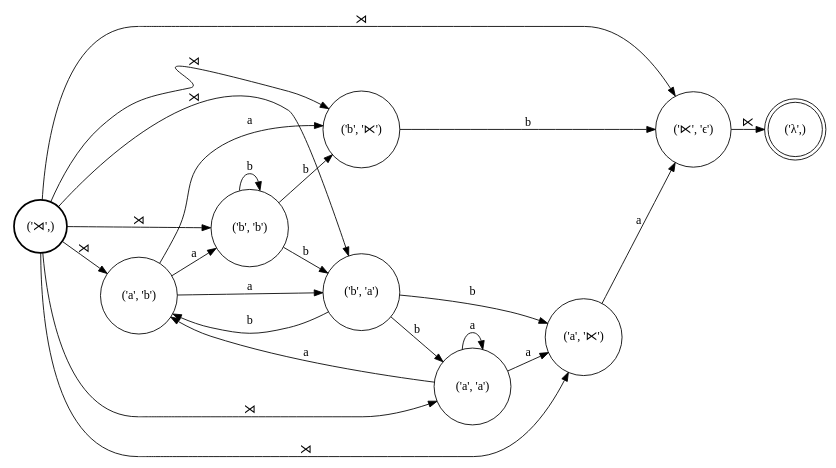
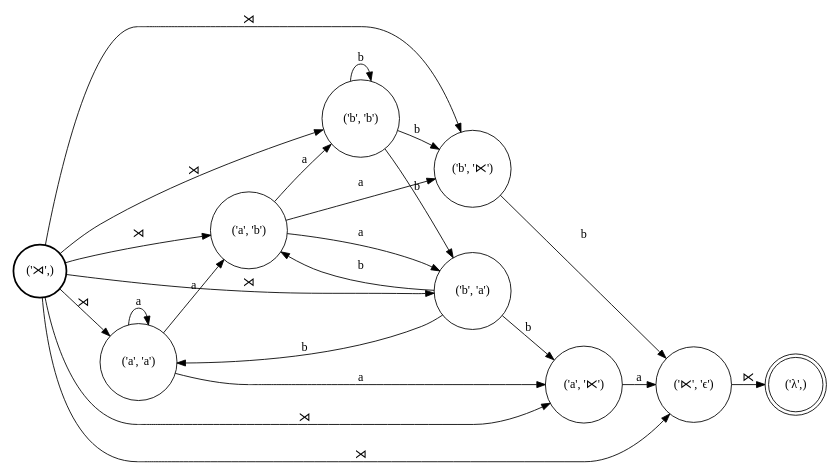
One commit to colincwilson/wynini changed the diagram in demo/R.dot. Above: the diagram before and after it, drawn with Graphviz. The commit also changed 12 other files, not shown here.

```diff
--- a/demo/R.dot
+++ b/demo/R.dot
@@ -1,39 +1,39 @@
 digraph FST {
 rankdir = LR;
 size = "8.5,11";
 center = 1;
 orientation = Portrait;
 ranksep = "0.4";
 nodesep = "0.25";
 8 [label = "('⋊',)", shape = circle, style = bold, fontsize = 14]
-	8 -> 1 [label = "⋊", fontsize = 14];
-	8 -> 6 [label = "⋊", fontsize = 14];
+	8 -> 2 [label = "⋊", fontsize = 14];
 	8 -> 7 [label = "⋊", fontsize = 14];
 	8 -> 4 [label = "⋊", fontsize = 14];
-	8 -> 2 [label = "⋊", fontsize = 14];
+	8 -> 1 [label = "⋊", fontsize = 14];
+	8 -> 3 [label = "⋊", fontsize = 14];
+	8 -> 6 [label = "⋊", fontsize = 14];
 	8 -> 5 [label = "⋊", fontsize = 14];
-	8 -> 3 [label = "⋊", fontsize = 14];
 0 [label = "('λ',)", shape = doublecircle, style = solid, fontsize = 14]
 1 [label = "('⋉', 'ϵ')", shape = circle, style = solid, fontsize = 14]
 	1 -> 0 [label = "⋉", fontsize = 14];
-2 [label = "('a', '⋉')", shape = circle, style = solid, fontsize = 14]
-	2 -> 1 [label = "a", fontsize = 14];
-3 [label = "('b', '⋉')", shape = circle, style = solid, fontsize = 14]
-	3 -> 1 [label = "b", fontsize = 14];
-4 [label = "('a', 'a')", shape = circle, style = solid, fontsize = 14]
-	4 -> 2 [label = "a", fontsize = 14];
-	4 -> 6 [label = "a", fontsize = 14];
-	4 -> 4 [label = "a", fontsize = 14];
-5 [label = "('b', 'a')", shape = circle, style = solid, fontsize = 14]
-	5 -> 2 [label = "b", fontsize = 14];
-	5 -> 6 [label = "b", fontsize = 14];
-	5 -> 4 [label = "b", fontsize = 14];
-6 [label = "('a', 'b')", shape = circle, style = solid, fontsize = 14]
-	6 -> 3 [label = "a", fontsize = 14];
-	6 -> 7 [label = "a", fontsize = 14];
-	6 -> 5 [label = "a", fontsize = 14];
-7 [label = "('b', 'b')", shape = circle, style = solid, fontsize = 14]
-	7 -> 3 [label = "b", fontsize = 14];
-	7 -> 7 [label = "b", fontsize = 14];
-	7 -> 5 [label = "b", fontsize = 14];
+2 [label = "('b', '⋉')", shape = circle, style = solid, fontsize = 14]
+	2 -> 1 [label = "b", fontsize = 14];
+3 [label = "('a', '⋉')", shape = circle, style = solid, fontsize = 14]
+	3 -> 1 [label = "a", fontsize = 14];
+4 [label = "('b', 'b')", shape = circle, style = solid, fontsize = 14]
+	4 -> 2 [label = "b", fontsize = 14];
+	4 -> 4 [label = "b", fontsize = 14];
+	4 -> 6 [label = "b", fontsize = 14];
+5 [label = "('a', 'b')", shape = circle, style = solid, fontsize = 14]
+	5 -> 2 [label = "a", fontsize = 14];
+	5 -> 4 [label = "a", fontsize = 14];
+	5 -> 6 [label = "a", fontsize = 14];
+6 [label = "('b', 'a')", shape = circle, style = solid, fontsize = 14]
+	6 -> 3 [label = "b", fontsize = 14];
+	6 -> 7 [label = "b", fontsize = 14];
+	6 -> 5 [label = "b", fontsize = 14];
+7 [label = "('a', 'a')", shape = circle, style = solid, fontsize = 14]
+	7 -> 3 [label = "a", fontsize = 14];
+	7 -> 7 [label = "a", fontsize = 14];
+	7 -> 5 [label = "a", fontsize = 14];
 }
```
